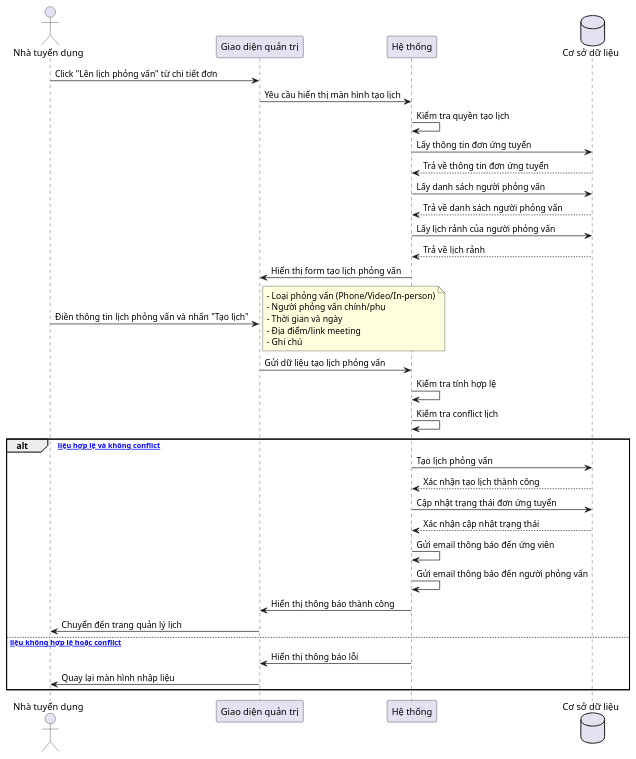
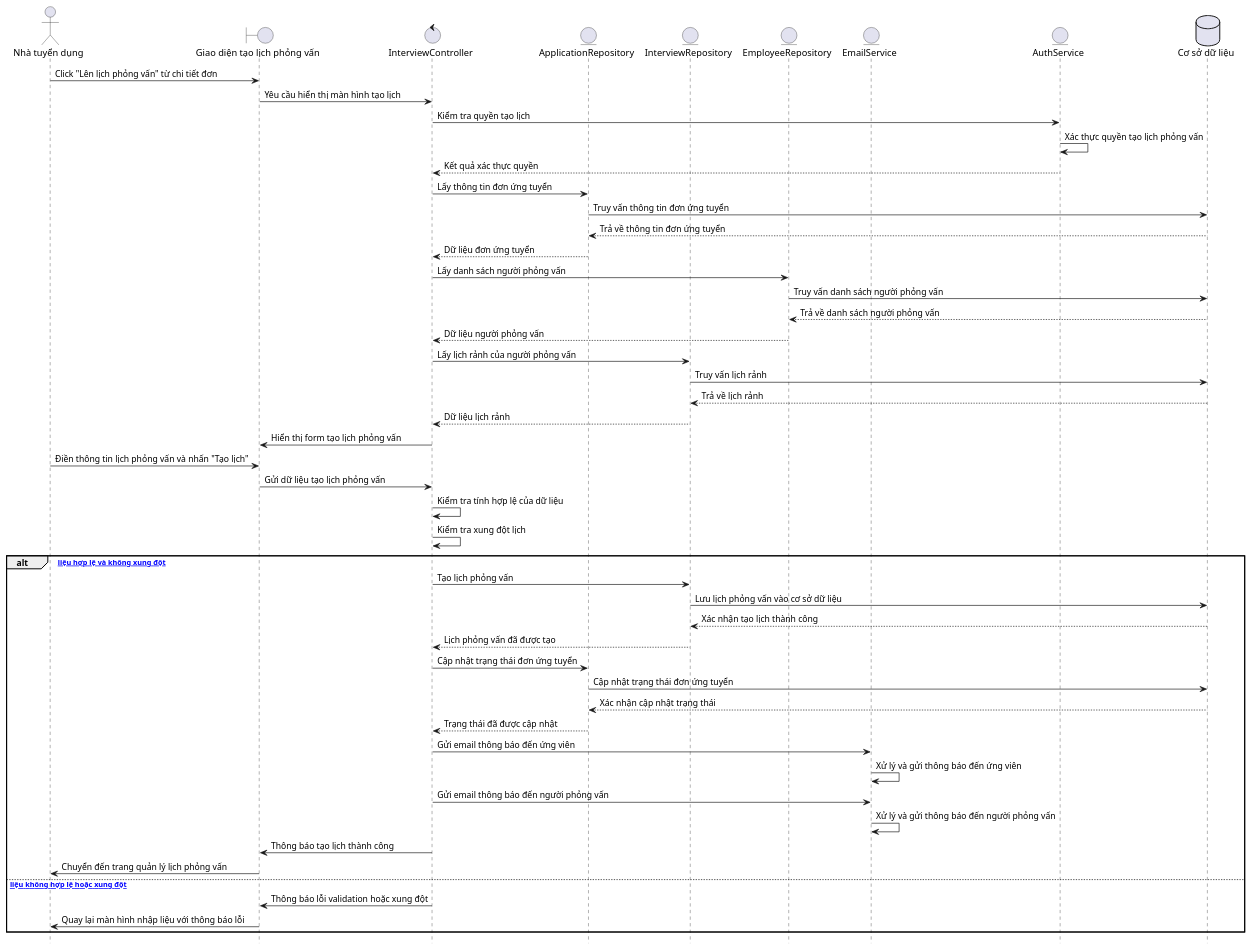
Before and after one commit to felix-253/TechLeet-server: the diagram in sequence/UC-09/UC-09-simple-sequence.wsd, drawn with PlantUML. The commit also changed 20 other files, not shown here.

Commit message:
document: flow screen cv and suggest cv

```diff
--- a/sequence/UC-09/UC-09-simple-sequence.wsd
+++ b/sequence/UC-09/UC-09-simple-sequence.wsd
@@ -1,46 +1,66 @@
 @startuml UC-09: Tạo lịch phỏng vấn
+hide footbox
+skinparam ParticipantPadding 10
+skinparam BoxPadding 5
 
-actor "Nhà tuyển dụng" as R
-participant "Giao diện quản trị" as FE
-participant "Hệ thống" as System
-database "Cơ sở dữ liệu" as DB
+actor "Nhà tuyển dụng" as Recruiter
+boundary "Giao diện tạo lịch phỏng vấn" as InterviewUI
+control "InterviewController" as InterviewController
+entity "ApplicationRepository" as ApplicationRepo
+entity "InterviewRepository" as InterviewRepo
+entity "EmployeeRepository" as EmployeeRepo
+entity "EmailService" as EmailService
+entity "AuthService" as AuthService
+database "Cơ sở dữ liệu" as Database
 
-R -> FE: Click "Lên lịch phỏng vấn" từ chi tiết đơn
-FE -> System: Yêu cầu hiển thị màn hình tạo lịch
-System -> System: Kiểm tra quyền tạo lịch
-System -> DB: Lấy thông tin đơn ứng tuyển
-DB --> System: Trả về thông tin đơn ứng tuyển
-System -> DB: Lấy danh sách người phỏng vấn
-DB --> System: Trả về danh sách người phỏng vấn
-System -> DB: Lấy lịch rảnh của người phỏng vấn
-DB --> System: Trả về lịch rảnh
-System -> FE: Hiển thị form tạo lịch phỏng vấn
+Recruiter -> InterviewUI: Click "Lên lịch phỏng vấn" từ chi tiết đơn
+InterviewUI -> InterviewController: Yêu cầu hiển thị màn hình tạo lịch
+InterviewController -> AuthService: Kiểm tra quyền tạo lịch
+AuthService -> AuthService: Xác thực quyền tạo lịch phỏng vấn
+AuthService --> InterviewController: Kết quả xác thực quyền
+InterviewController -> ApplicationRepo: Lấy thông tin đơn ứng tuyển
+ApplicationRepo -> Database: Truy vấn thông tin đơn ứng tuyển
+Database --> ApplicationRepo: Trả về thông tin đơn ứng tuyển
+ApplicationRepo --> InterviewController: Dữ liệu đơn ứng tuyển
 
-R -> FE: Điền thông tin lịch phỏng vấn và nhấn "Tạo lịch"
-note right
-  - Loại phỏng vấn (Phone/Video/In-person)
-  - Người phỏng vấn chính/phụ
-  - Thời gian và ngày
-  - Địa điểm/link meeting
-  - Ghi chú
-end note
+InterviewController -> EmployeeRepo: Lấy danh sách người phỏng vấn
+EmployeeRepo -> Database: Truy vấn danh sách người phỏng vấn
+Database --> EmployeeRepo: Trả về danh sách người phỏng vấn
+EmployeeRepo --> InterviewController: Dữ liệu người phỏng vấn
 
-FE -> System: Gửi dữ liệu tạo lịch phỏng vấn
-System -> System: Kiểm tra tính hợp lệ
-System -> System: Kiểm tra conflict lịch
+InterviewController -> InterviewRepo: Lấy lịch rảnh của người phỏng vấn
+InterviewRepo -> Database: Truy vấn lịch rảnh
+Database --> InterviewRepo: Trả về lịch rảnh
+InterviewRepo --> InterviewController: Dữ liệu lịch rảnh
+InterviewController -> InterviewUI: Hiển thị form tạo lịch phỏng vấn
 
-alt [Dữ liệu hợp lệ và không conflict]
-    System -> DB: Tạo lịch phỏng vấn
-    DB --> System: Xác nhận tạo lịch thành công
-    System -> DB: Cập nhật trạng thái đơn ứng tuyển
-    DB --> System: Xác nhận cập nhật trạng thái
-    System -> System: Gửi email thông báo đến ứng viên
-    System -> System: Gửi email thông báo đến người phỏng vấn
-    System -> FE: Hiển thị thông báo thành công
-    FE -> R: Chuyển đến trang quản lý lịch
-else [Dữ liệu không hợp lệ hoặc conflict]
-    System -> FE: Hiển thị thông báo lỗi
-    FE -> R: Quay lại màn hình nhập liệu
+Recruiter -> InterviewUI: Điền thông tin lịch phỏng vấn và nhấn "Tạo lịch"
+
+InterviewUI -> InterviewController: Gửi dữ liệu tạo lịch phỏng vấn
+InterviewController -> InterviewController: Kiểm tra tính hợp lệ của dữ liệu
+InterviewController -> InterviewController: Kiểm tra xung đột lịch
+
+alt [Dữ liệu hợp lệ và không xung đột]
+    InterviewController -> InterviewRepo: Tạo lịch phỏng vấn
+    InterviewRepo -> Database: Lưu lịch phỏng vấn vào cơ sở dữ liệu
+    Database --> InterviewRepo: Xác nhận tạo lịch thành công
+    InterviewRepo --> InterviewController: Lịch phỏng vấn đã được tạo
+    
+    InterviewController -> ApplicationRepo: Cập nhật trạng thái đơn ứng tuyển
+    ApplicationRepo -> Database: Cập nhật trạng thái đơn ứng tuyển
+    Database --> ApplicationRepo: Xác nhận cập nhật trạng thái
+    ApplicationRepo --> InterviewController: Trạng thái đã được cập nhật
+    
+    InterviewController -> EmailService: Gửi email thông báo đến ứng viên
+    EmailService -> EmailService: Xử lý và gửi thông báo đến ứng viên
+    InterviewController -> EmailService: Gửi email thông báo đến người phỏng vấn
+    EmailService -> EmailService: Xử lý và gửi thông báo đến người phỏng vấn
+    
+    InterviewController -> InterviewUI: Thông báo tạo lịch thành công
+    InterviewUI -> Recruiter: Chuyển đến trang quản lý lịch phỏng vấn
+else [Dữ liệu không hợp lệ hoặc xung đột]
+    InterviewController -> InterviewUI: Thông báo lỗi validation hoặc xung đột
+    InterviewUI -> Recruiter: Quay lại màn hình nhập liệu với thông báo lỗi
 end
 
 @enduml
```
